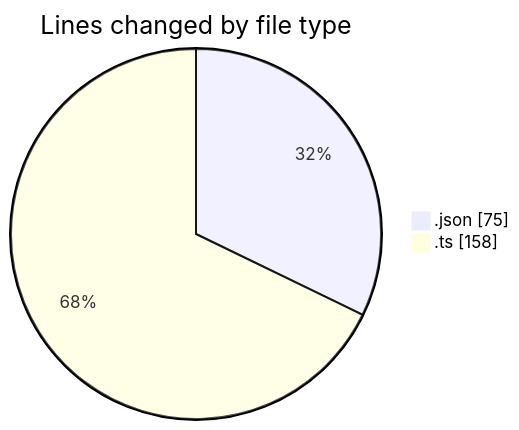
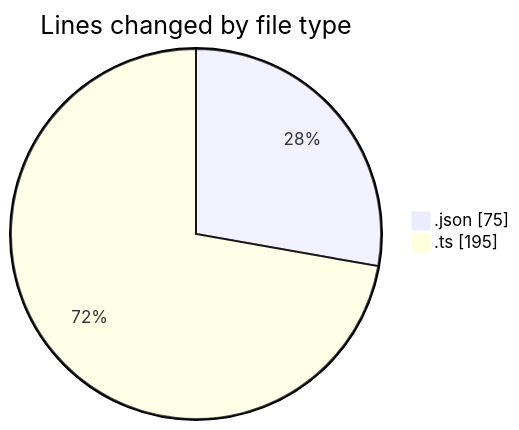
The first of 2 diagrams in 2026-04-21/ise-web-ofcom/README.md (momahboobian/code-tracking), drawn with Mermaid before and after one commit. The commit also changed other lines of this file and 1 other file, not shown here.

````diff
--- a/2026-04-21/ise-web-ofcom/README.md
+++ b/2026-04-21/ise-web-ofcom/README.md
@@ -22,6 +23,6 @@
 ```mermaid
 pie showData
 title Lines changed by file type
 ".json" : 75
-".ts" : 158
+".ts" : 195
 ```
````
